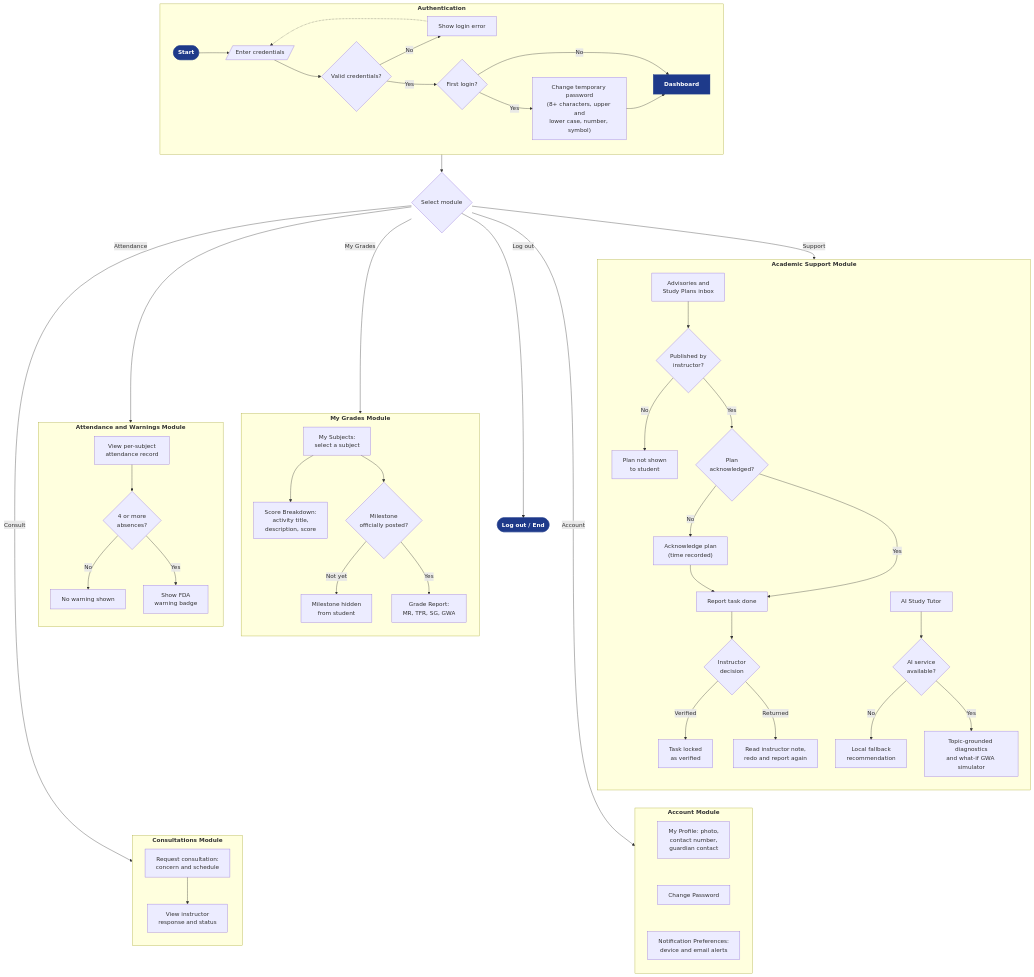
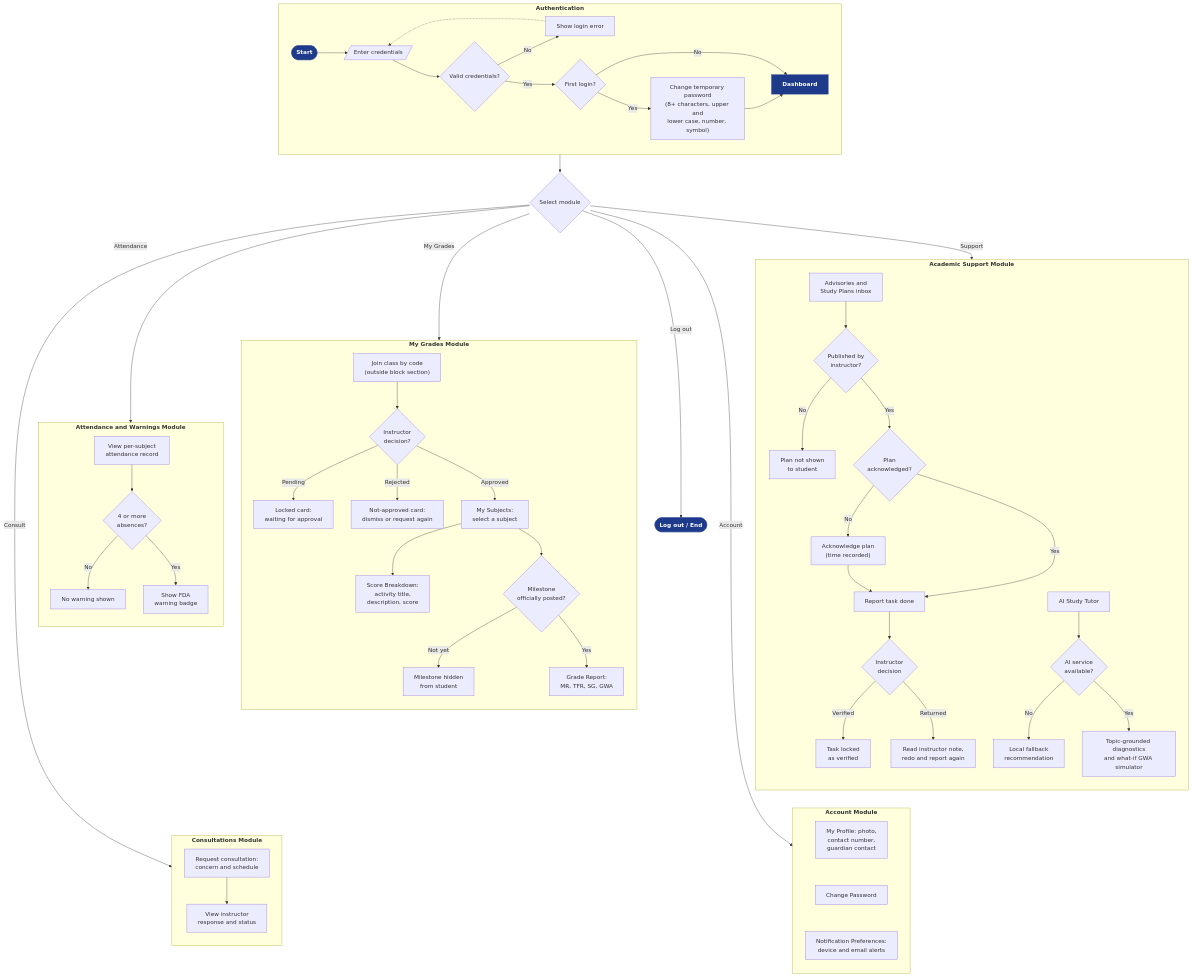
One commit to kurarensu16/sage changed the diagram in docs/02-thesis/figures/Figure-2.2-Flowchart-Student.mmd. Above: the diagram before and after it, drawn with Mermaid. The commit also changed 49 other files, not shown here.

```diff
--- a/docs/02-thesis/figures/Figure-2.2-Flowchart-Student.mmd
+++ b/docs/02-thesis/figures/Figure-2.2-Flowchart-Student.mmd
@@ -1,75 +1,80 @@
 flowchart TB
 %% ===== Figure 2.2 — Proposed System Flowchart: Student Portal (updated 2026-10-10) =====
 %% Plans appear only after publication and must be acknowledged; faculty verify or return
 %% reported tasks; feature renamed "AI Study Tutor"; Account shows photo/contact/guardian.
+%% Revised 2026-10-10 (evening): joining an outside class by code waits for instructor approval.
 
   SEL{"Select module"}
   OUT(["<b>Log out / End</b>"]):::accent
 
   subgraph LOGIN["<b>Authentication</b>"]
     direction LR
     START(["<b>Start</b>"]):::accent --> CRED[/"Enter credentials"/] --> VALID{"Valid credentials?"}
     VALID -- "No" --> ERR["Show login error"]
     ERR -.-> CRED
     VALID -- "Yes" --> FIRST{"First login?"}
     FIRST -- "Yes" --> CHG["Change temporary password<br/>(8+ characters, upper and<br/>lower case, number, symbol)"] --> DASH["<b>Dashboard</b>"]:::accent
     FIRST -- "No" --> DASH
   end
 
   LOGIN --> SEL
   SEL -- "Log out" --> OUT
 
   SEL -- "My Grades" --> GM
   SEL -- "Attendance" --> TM
   SEL -- "Support" --> PM
   SEL -- "Consult" --> CM
   SEL -- "Account" --> NM
 
   subgraph GM["<b>My Grades Module</b>"]
     direction TB
+    J1["Join class by code<br/>(outside block section)"] --> JQ{"Instructor<br/>decision?"}
+    JQ -- "Pending" --> JP["Locked card:<br/>waiting for approval"]
+    JQ -- "Rejected" --> JR["Not-approved card:<br/>dismiss or request again"]
+    JQ -- "Approved" --> G1
     G1["My Subjects:<br/>select a subject"] --> GB["Score Breakdown:<br/>activity title,<br/>description, score"]
     G1 --> GQ{"Milestone<br/>officially posted?"}
     GQ -- "Not yet" --> GH["Milestone hidden<br/>from student"]
     GQ -- "Yes" --> GR["Grade Report:<br/>MR, TFR, SG, GWA"]
   end
 
   subgraph TM["<b>Attendance and Warnings Module</b>"]
     direction TB
     T1["View per-subject<br/>attendance record"] --> TQ{"4 or more<br/>absences?"}
     TQ -- "No" --> TN["No warning shown"]
     TQ -- "Yes" --> TY["Show FDA<br/>warning badge"]
   end
 
   subgraph PM["<b>Academic Support Module</b>"]
     direction TB
     P1["Advisories and<br/>Study Plans inbox"] --> PQ{"Published by<br/>instructor?"}
     PQ -- "No" --> PN["Plan not shown<br/>to student"]
     PQ -- "Yes" --> PA{"Plan<br/>acknowledged?"}
     PA -- "No" --> PK["Acknowledge plan<br/>(time recorded)"]
     PK --> PY
     PA -- "Yes" --> PY["Report task done"] --> PV{"Instructor<br/>decision"}
     PV -- "Verified" --> PVV["Task locked<br/>as verified"]
     PV -- "Returned" --> PR["Read instructor note,<br/>redo and report again"]
     P2["AI Study Tutor"] --> AQ{"AI service<br/>available?"}
     AQ -- "No" --> AN["Local fallback<br/>recommendation"]
     AQ -- "Yes" --> AY["Topic-grounded diagnostics<br/>and what-if GWA simulator"]
   end
 
   subgraph CM["<b>Consultations Module</b>"]
     direction TB
     C1["Request consultation:<br/>concern and schedule"] --> C2["View instructor<br/>response and status"]
   end
 
   subgraph NM["<b>Account Module</b>"]
     direction TB
     N1["My Profile: photo,<br/>contact number,<br/>guardian contact"]
     N2["Change Password"]
     N3["Notification Preferences:<br/>device and email alerts"]
     N1 ~~~ N2 ~~~ N3
   end
 
 
   classDef accent fill:#1E3A8A,stroke:#1E3A8A,color:#FFFFFF;
 
   GM ~~~ CM
   PM ~~~ NM
```
